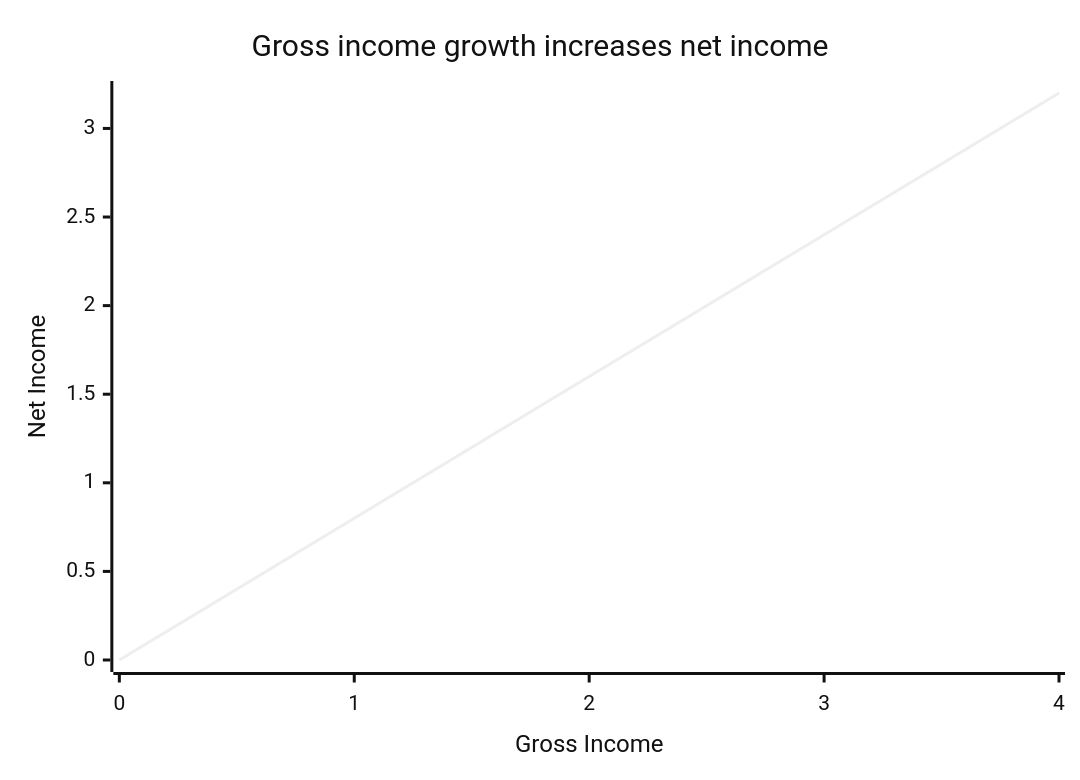
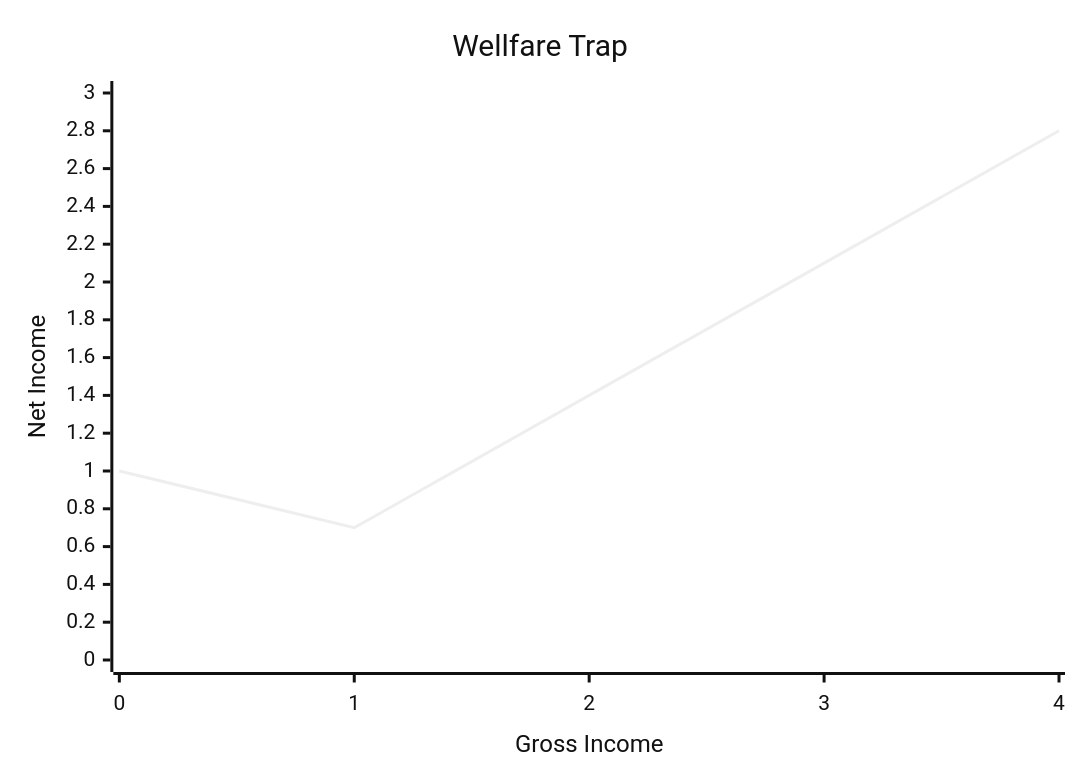
The first of 3 diagrams in notes/economy/justice.md (sergey-shandar/public), drawn with Mermaid (neutral theme) before and after one commit. The commit also changed other lines of this file, not shown here.

````diff
--- a/notes/economy/justice.md
+++ b/notes/economy/justice.md
@@ -12,7 +14,7 @@
 ```mermaid
 xychart-beta
-    title "Gross income growth increases net income"
+    title "Wellfare Trap"
     x-axis "Gross Income" [0, 1, 2, 3, 4]
-    y-axis "Net Income" 
-    line [0, 0.8, 1.6, 2.4, 3.2]
+    y-axis "Net Income" 0 --> 3
+    line [1, 0.7, 1.4, 2.1, 2.8]
 ```
````
